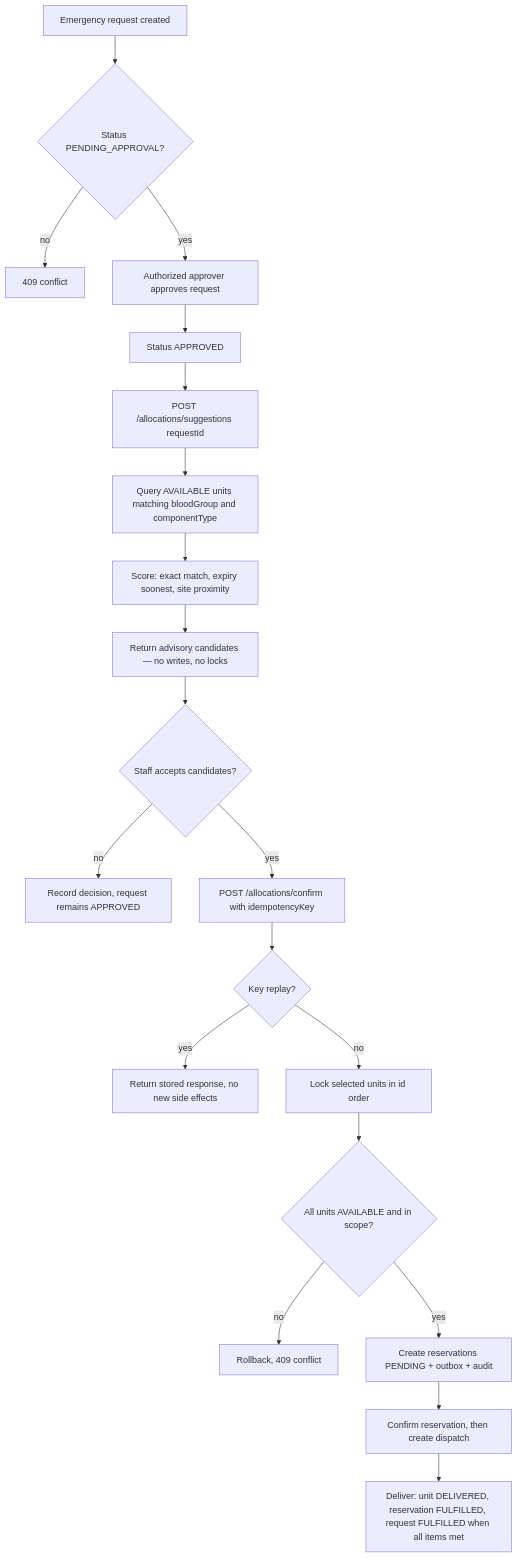
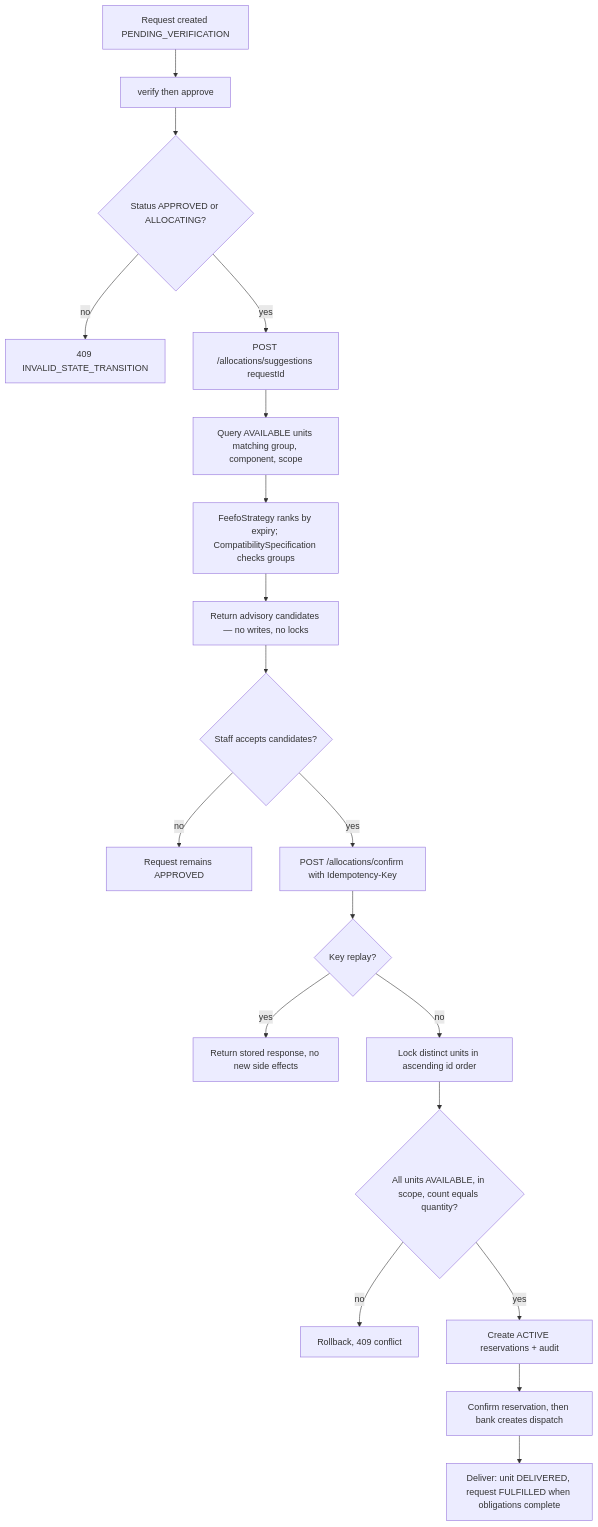
Before and after one commit to karkalashivareddy/Advanced-Object-Oriented-Programming-Project: the fifth of 9 diagrams in project/docs/architecture/UML.md, drawn with Mermaid. The commit also changed other lines of this file and 25 other files, not shown here.

````diff
--- a/project/docs/architecture/UML.md
+++ b/project/docs/architecture/UML.md
@@ -371,22 +383,21 @@
 ```mermaid
 flowchart TD
-    A[Emergency request created] --> B{Status PENDING_APPROVAL?}
-    B -- no --> Z[409 conflict]
-    B -- yes --> C[Authorized approver approves request]
-    C --> D[Status APPROVED]
-    D --> E[POST /allocations/suggestions requestId]
-    E --> F[Query AVAILABLE units matching bloodGroup and componentType]
-    F --> G[Score: exact match, expiry soonest, site proximity]
+    A[Request created PENDING_VERIFICATION] --> B[verify then approve]
+    B --> C{Status APPROVED or ALLOCATING?}
+    C -- no --> Z[409 INVALID_STATE_TRANSITION]
+    C -- yes --> E[POST /allocations/suggestions requestId]
+    E --> F[Query AVAILABLE units matching group, component, scope]
+    F --> G[FeefoStrategy ranks by expiry; CompatibilitySpecification checks groups]
     G --> H[Return advisory candidates — no writes, no locks]
     H --> I{Staff accepts candidates?}
-    I -- no --> J[Record decision, request remains APPROVED]
-    I -- yes --> K[POST /allocations/confirm with idempotencyKey]
+    I -- no --> J[Request remains APPROVED]
+    I -- yes --> K[POST /allocations/confirm with Idempotency-Key]
     K --> L{Key replay?}
     L -- yes --> M[Return stored response, no new side effects]
-    L -- no --> N[Lock selected units in id order]
-    N --> O{All units AVAILABLE and in scope?}
+    L -- no --> N[Lock distinct units in ascending id order]
+    N --> O{All units AVAILABLE, in scope, count equals quantity?}
     O -- no --> P[Rollback, 409 conflict]
-    O -- yes --> Q[Create reservations PENDING + outbox + audit]
-    Q --> R[Confirm reservation, then create dispatch]
-    R --> S[Deliver: unit DELIVERED, reservation FULFILLED, request FULFILLED when all items met]
+    O -- yes --> Q[Create ACTIVE reservations + audit]
+    Q --> R[Confirm reservation, then bank creates dispatch]
+    R --> S[Deliver: unit DELIVERED, request FULFILLED when obligations complete]
 ```
````
